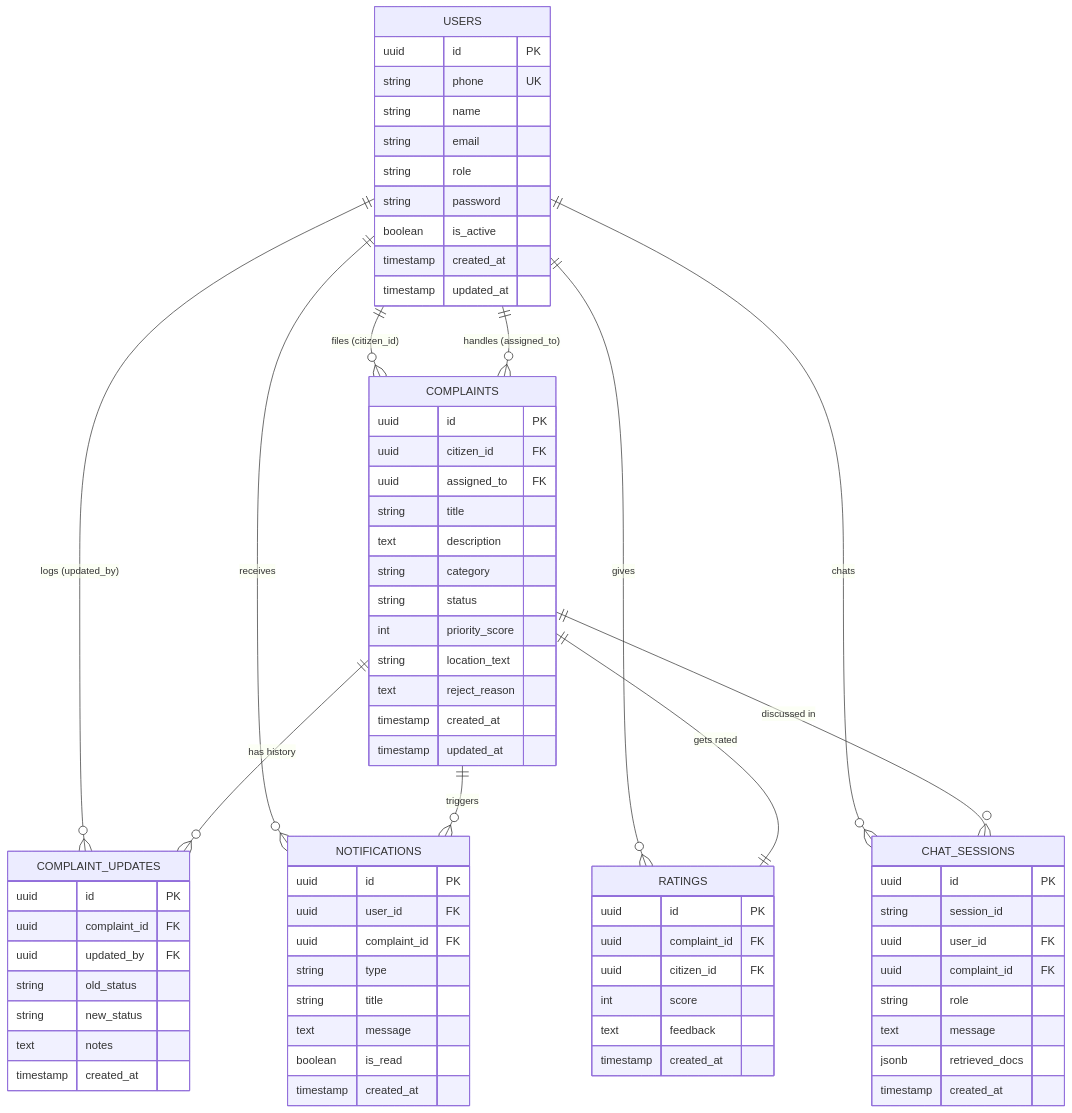
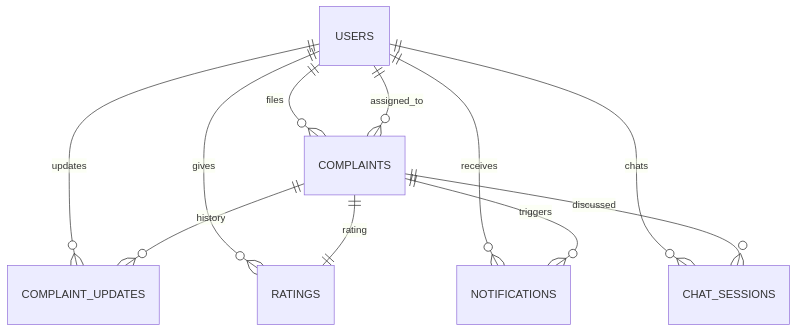
The diagram in README.md (24f2000777/MAY2026-Team-059), drawn with Mermaid before and after one commit. The commit also changed other lines of this file and 18 other files, not shown here.

````diff
--- a/README.md
+++ b/README.md
@@ -41,81 +449,14 @@
 ```mermaid
 erDiagram
-    USERS ||--o{ COMPLAINTS : "files (citizen_id)"
-    USERS ||--o{ COMPLAINTS : "handles (assigned_to)"
-    USERS ||--o{ COMPLAINT_UPDATES : "logs (updated_by)"
-    USERS ||--o{ NOTIFICATIONS : "receives"
-    USERS ||--o{ RATINGS : "gives"
-    USERS ||--o{ CHAT_SESSIONS : "chats"
-    COMPLAINTS ||--o{ COMPLAINT_UPDATES : "has history"
-    COMPLAINTS ||--o{ NOTIFICATIONS : "triggers"
-    COMPLAINTS ||--|| RATINGS : "gets rated"
-    COMPLAINTS ||--o{ CHAT_SESSIONS : "discussed in"
+    USERS ||--o{ COMPLAINTS : files
+    USERS ||--o{ COMPLAINTS : assigned_to
+    USERS ||--o{ COMPLAINT_UPDATES : updates
+    USERS ||--o{ RATINGS : gives
+    USERS ||--o{ NOTIFICATIONS : receives
+    USERS ||--o{ CHAT_SESSIONS : chats
 
-    USERS {
-        uuid id PK
-        string phone UK
-        string name
-        string email
-        string role
-        string password
-        boolean is_active
-        timestamp created_at
-        timestamp updated_at
-    }
-
-    COMPLAINTS {
-        uuid id PK
-        uuid citizen_id FK
-        uuid assigned_to FK
-        string title
-        text description
-        string category
-        string status
-        int priority_score
-        string location_text
-        text reject_reason
-        timestamp created_at
-        timestamp updated_at
-    }
-
-    COMPLAINT_UPDATES {
-        uuid id PK
-        uuid complaint_id FK
-        uuid updated_by FK
-        string old_status
-        string new_status
-        text notes
-        timestamp created_at
-    }
-
-    NOTIFICATIONS {
-        uuid id PK
-        uuid user_id FK
-        uuid complaint_id FK
-        string type
-        string title
-        text message
-        boolean is_read
-        timestamp created_at
-    }
-
-    RATINGS {
-        uuid id PK
-        uuid complaint_id FK
-        uuid citizen_id FK
-        int score
-        text feedback
-        timestamp created_at
-    }
-
-    CHAT_SESSIONS {
-        uuid id PK
-        string session_id
-        uuid user_id FK
-        uuid complaint_id FK
-        string role
-        text message
-        jsonb retrieved_docs
-        timestamp created_at
-    }
+    COMPLAINTS ||--o{ COMPLAINT_UPDATES : history
+    COMPLAINTS ||--|| RATINGS : rating
+    COMPLAINTS ||--o{ NOTIFICATIONS : triggers
+    COMPLAINTS ||--o{ CHAT_SESSIONS : discussed
 ```
````
